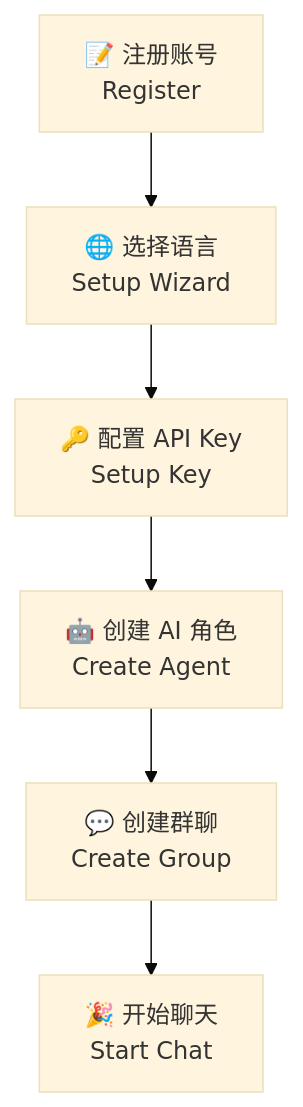
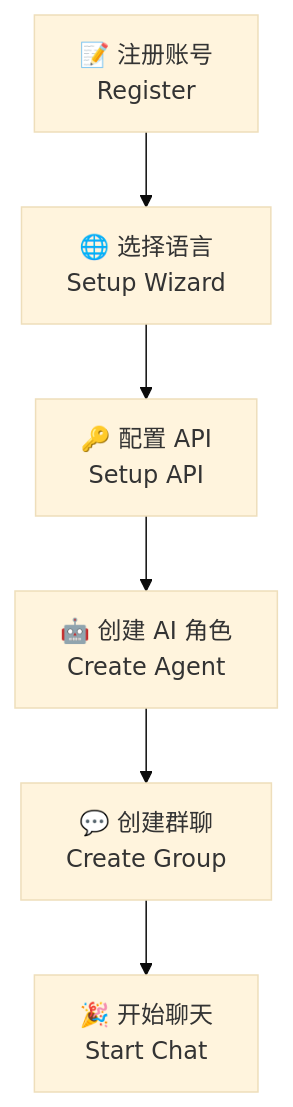
One commit to Coprexist/Copree changed the first of 4 diagrams in docs/guides/用户手册.md. Above: the diagram before and after it, drawn with Mermaid (base theme). The commit also changed other lines of this file and 7 other files, not shown here.

````diff
--- a/docs/guides/用户手册.md
+++ b/docs/guides/用户手册.md
@@ -91,8 +106,8 @@
 ```mermaid
 flowchart TD
     A[📝 注册账号<br/>Register] --> B[🌐 选择语言<br/>Setup Wizard]
-    B --> C[🔑 配置 API Key<br/>Setup Key]
+    B --> C[🔑 配置 API<br/>Setup API]
     C --> D[🤖 创建 AI 角色<br/>Create Agent]
     D --> E[💬 创建群聊<br/>Create Group]
     E --> F[🎉 开始聊天<br/>Start Chat]
 ```
````
